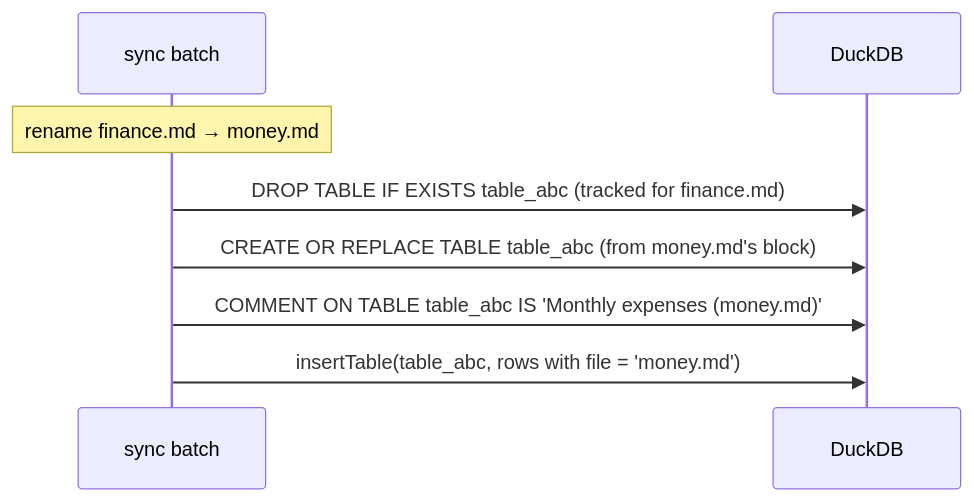
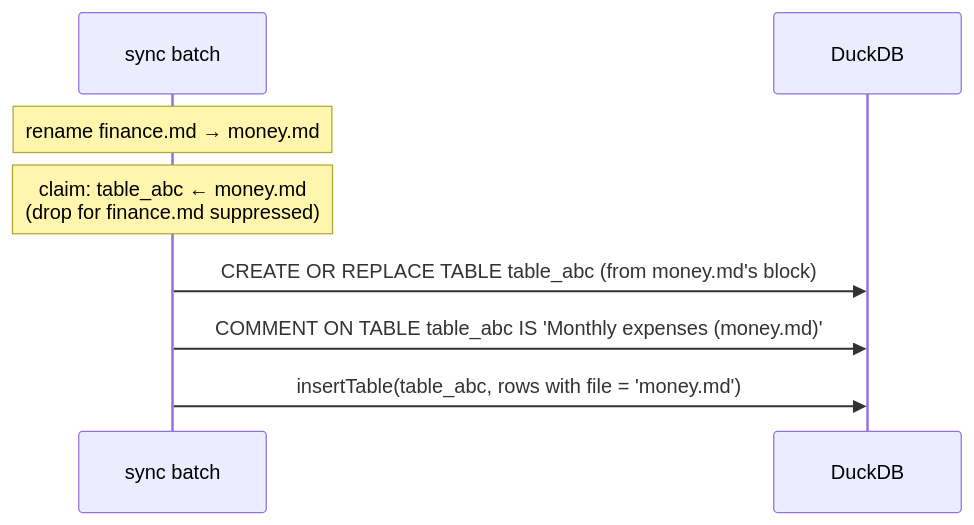
The diagram in docs/specs/2026-08-15-07-doc-tables/projection.md (mdijkstra-oss/nabu-frontend), drawn with Mermaid before and after one commit. The commit also changed other lines of this file and 62 other files, not shown here.

````diff
--- a/docs/specs/2026-08-15-07-doc-tables/projection.md
+++ b/docs/specs/2026-08-15-07-doc-tables/projection.md
@@ -51,10 +55,10 @@
 ```mermaid
 sequenceDiagram
     participant S as sync batch
     participant D as DuckDB
     Note over S: rename finance.md → money.md
-    S->>D: DROP TABLE IF EXISTS table_abc (tracked for finance.md)
+    Note over S: claim: table_abc ← money.md<br/>(drop for finance.md suppressed)
     S->>D: CREATE OR REPLACE TABLE table_abc (from money.md's block)
     S->>D: COMMENT ON TABLE table_abc IS 'Monthly expenses (money.md)'
     S->>D: insertTable(table_abc, rows with file = 'money.md')
 ```
````
